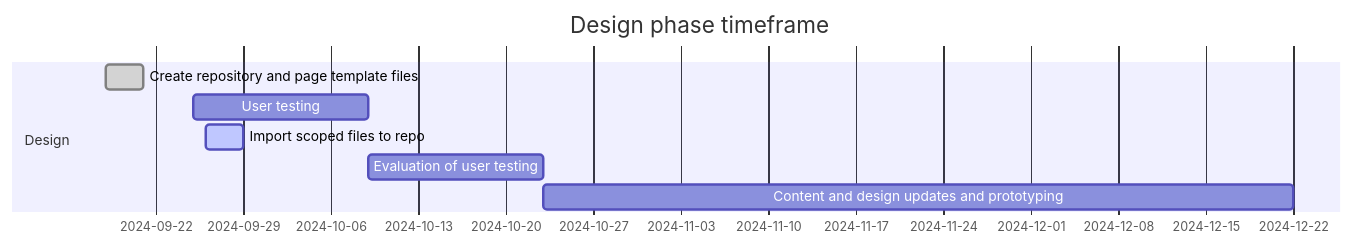
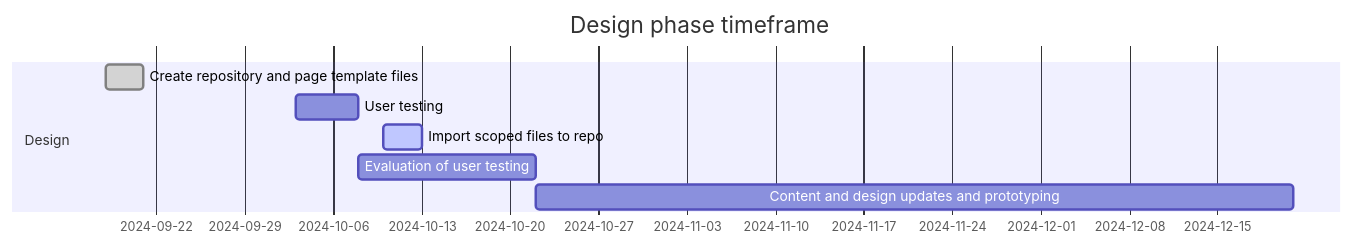
One commit to cra-proto/gst-hst-business changed the first of 2 diagrams in README.md. Above: the diagram before and after it, drawn with Mermaid.

````diff
--- a/README.md
+++ b/README.md
@@ -31,11 +31,11 @@
 ```mermaid
 gantt
     title Design phase timeframe
     dateFormat  YYYY-MM-DD
     section Design
     Create repository and page template files :done, a1, 2024-09-18, 3d
-    User testing :b1, 2024-09-25, 14d
-    Import scoped files to repo :active, a2, 2024-09-26, 3d
+    User testing :b1, 2024-10-03, 5d
+    Import scoped files to repo :active, a2, 2024-10-10, 3d
     Evaluation of user testing :b2, after b1, 14d
     Content and design updates and prototyping :after b2, 60d
 ```
````
